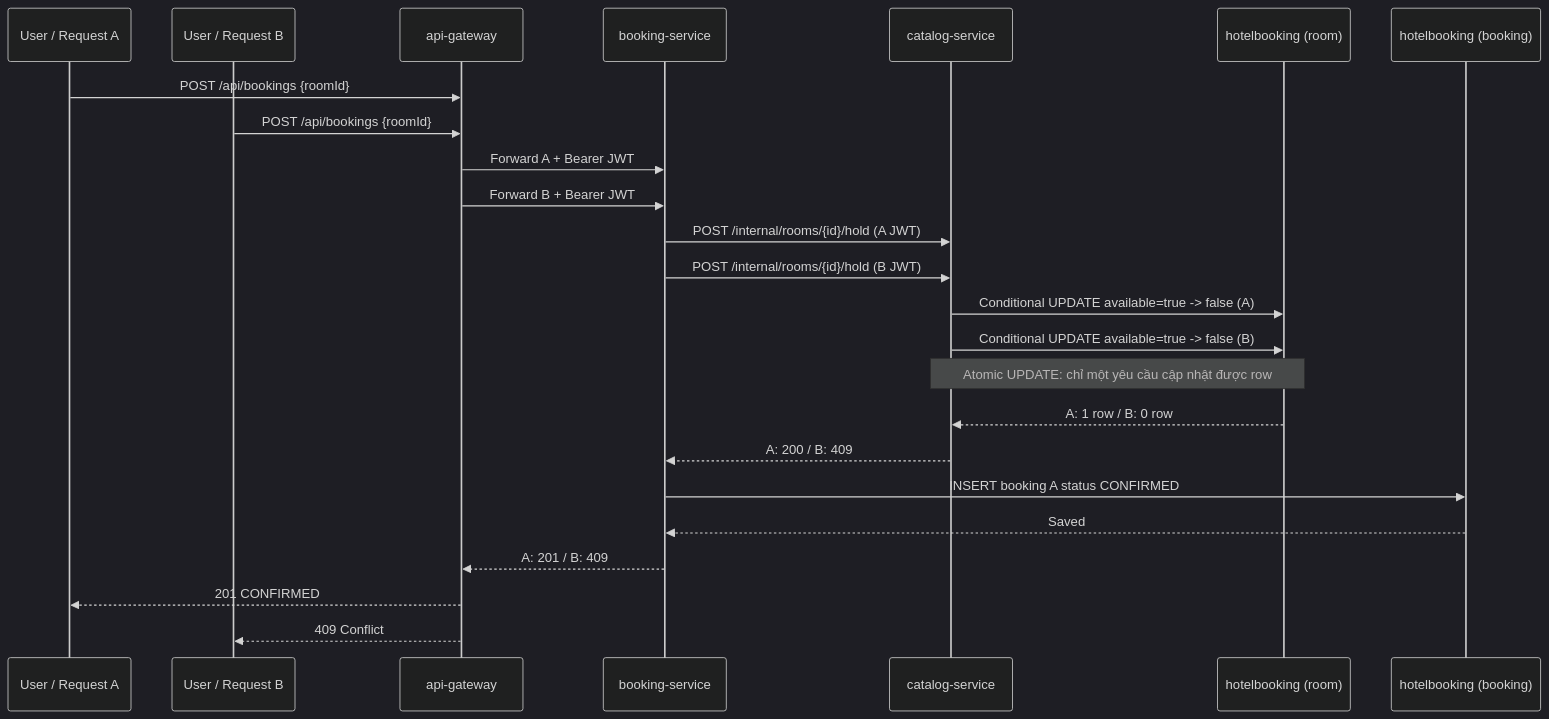
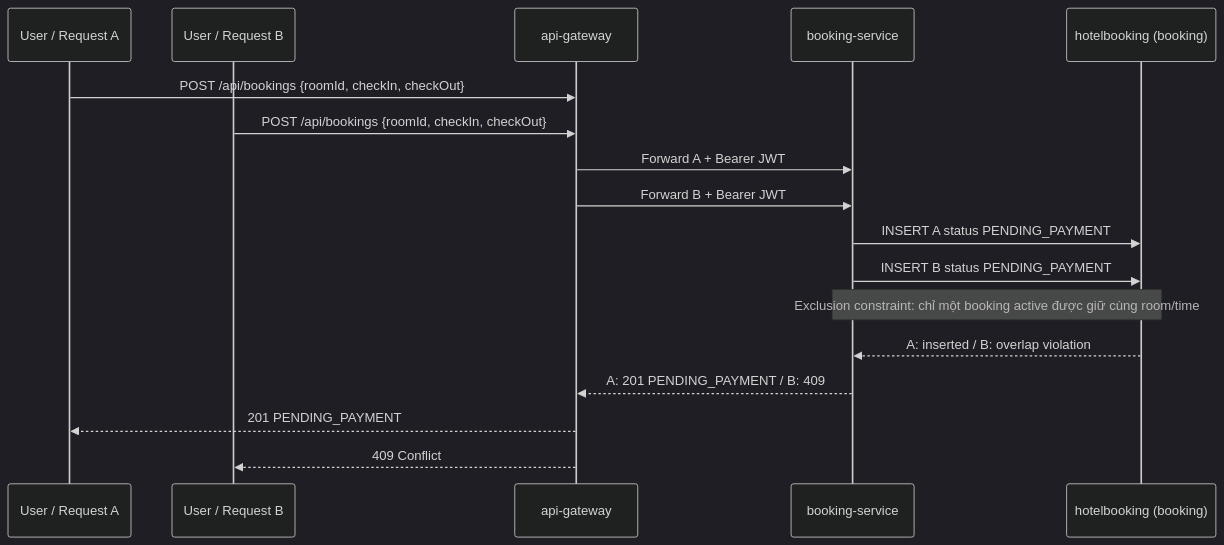
Before and after one commit to oabga/HotelBookingSystem: the third of 4 diagrams in docs/iam-google-sso-demo-plan-v2.md, drawn with Mermaid (dark theme). The commit also changed other lines of this file and 2 other files, not shown here.

First line of the commit message:
update erd v3

````diff
--- a/docs/iam-google-sso-demo-plan-v2.md
+++ b/docs/iam-google-sso-demo-plan-v2.md
@@ -466,27 +495,20 @@
 ```mermaid
 sequenceDiagram
     participant U1 as User / Request A
     participant U2 as User / Request B
     participant Gateway as api-gateway
     participant Booking as booking-service
-    participant Catalog as catalog-service
-    participant RoomDB as hotelbooking (room)
     participant BookingDB as hotelbooking (booking)
 
-    U1->>Gateway: POST /api/bookings {roomId}
-    U2->>Gateway: POST /api/bookings {roomId}
+    U1->>Gateway: POST /api/bookings {roomId, checkIn, checkOut}
+    U2->>Gateway: POST /api/bookings {roomId, checkIn, checkOut}
     Gateway->>Booking: Forward A + Bearer JWT
     Gateway->>Booking: Forward B + Bearer JWT
-    Booking->>Catalog: POST /internal/rooms/{id}/hold (A JWT)
-    Booking->>Catalog: POST /internal/rooms/{id}/hold (B JWT)
-    Catalog->>RoomDB: Conditional UPDATE available=true -> false (A)
-    Catalog->>RoomDB: Conditional UPDATE available=true -> false (B)
-    Note over Catalog,RoomDB: Atomic UPDATE: chỉ một yêu cầu cập nhật được row
-    RoomDB-->>Catalog: A: 1 row / B: 0 row
-    Catalog-->>Booking: A: 200 / B: 409
-    Booking->>BookingDB: INSERT booking A status CONFIRMED
-    BookingDB-->>Booking: Saved
-    Booking-->>Gateway: A: 201 / B: 409
-    Gateway-->>U1: 201 CONFIRMED
+    Booking->>BookingDB: INSERT A status PENDING_PAYMENT
+    Booking->>BookingDB: INSERT B status PENDING_PAYMENT
+    Note over Booking,BookingDB: Exclusion constraint: chỉ một booking active được giữ cùng room/time
+    BookingDB-->>Booking: A: inserted / B: overlap violation
+    Booking-->>Gateway: A: 201 PENDING_PAYMENT / B: 409
+    Gateway-->>U1: 201 PENDING_PAYMENT
     Gateway-->>U2: 409 Conflict
 ```
````
